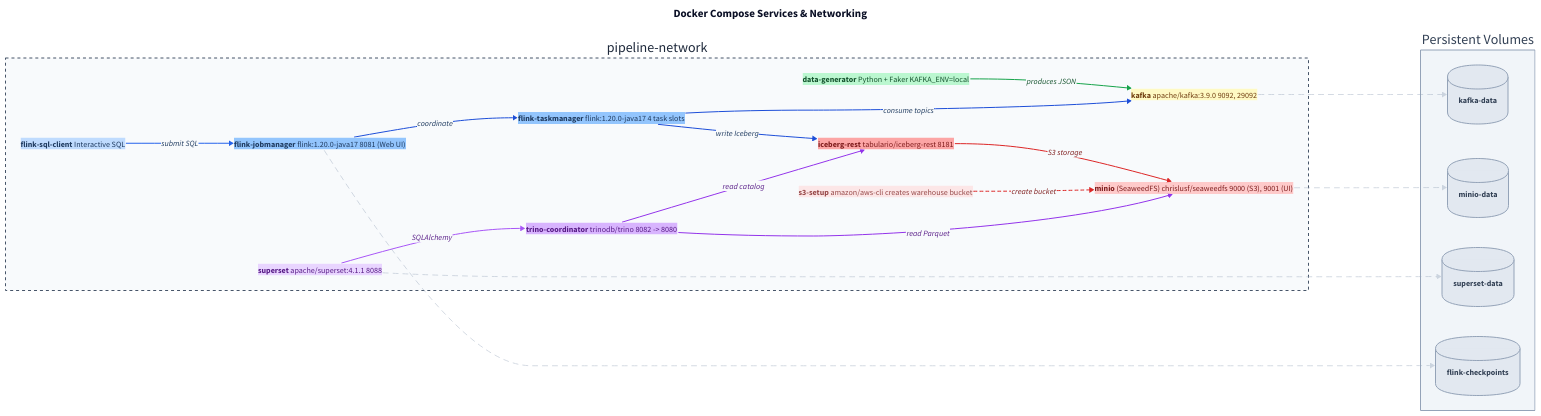
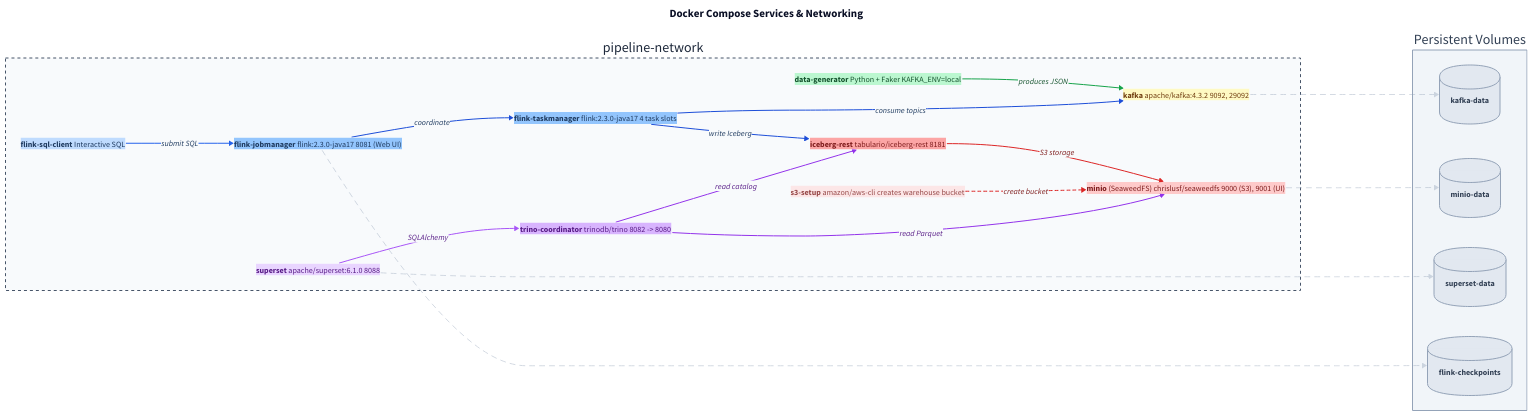
One commit to gAmUssA/flink-trino-superset-pipeline changed the diagram in docs/diagrams/docker-services.d2. Above: the diagram before and after it, drawn with D2. The commit also changed 18 other files, not shown here.

First line of the commit message:
Update stack: Flink 2.3, Iceberg 1.12, Kafka 4.3, Superset 6.1, Gradle 9.8 (#63)

```diff
--- a/docs/diagrams/docker-services.d2
+++ b/docs/diagrams/docker-services.d2
@@ -1,165 +1,165 @@
 direction: right
 
 title: {
   label: Docker Compose Services & Networking
   near: top-center
   shape: text
   style.font-size: 22
   style.bold: true
 }
 
 network: pipeline-network {
   style.fill: "#f8fafc"
   style.stroke: "#475569"
   style.stroke-dash: 3
   style.font-color: "#1e293b"
 
   kafka: kafka {
     shape: hexagon
     style.fill: "#fef9c3"
     style.stroke: "#ca8a04"
     style.font-color: "#713f12"
     label: |md
       **kafka**
-      apache/kafka:3.9.0
+      apache/kafka:4.3.2
       9092, 29092
     |
   }
 
   minio: minio {
     shape: stored_data
     style.fill: "#fecaca"
     style.stroke: "#dc2626"
     style.font-color: "#7f1d1d"
     label: |md
       **minio** (SeaweedFS)
       chrislusf/seaweedfs
       9000 (S3), 9001 (UI)
     |
   }
 
   s3_setup: s3-setup {
     shape: step
     style.fill: "#fee2e2"
     style.stroke: "#dc2626"
     style.font-color: "#7f1d1d"
     style.opacity: 0.8
     label: |md
       **s3-setup**
       amazon/aws-cli
       creates warehouse bucket
     |
   }
 
   iceberg: iceberg-rest {
     shape: cylinder
     style.fill: "#fca5a5"
     style.stroke: "#dc2626"
     style.font-color: "#7f1d1d"
     label: |md
       **iceberg-rest**
       tabulario/iceberg-rest
       8181
     |
   }
 
   jm: flink-jobmanager {
     shape: rectangle
     style.fill: "#93c5fd"
     style.stroke: "#1d4ed8"
     style.font-color: "#1e3a5f"
     label: |md
       **flink-jobmanager**
-      flink:1.20.0-java17
+      flink:2.3.0-java17
       8081 (Web UI)
     |
   }
 
   tm: flink-taskmanager {
     shape: rectangle
     style.fill: "#93c5fd"
     style.stroke: "#1d4ed8"
     style.font-color: "#1e3a5f"
     label: |md
       **flink-taskmanager**
-      flink:1.20.0-java17
+      flink:2.3.0-java17
       4 task slots
     |
   }
 
   sql: flink-sql-client {
     shape: page
     style.fill: "#bfdbfe"
     style.stroke: "#2563eb"
     style.font-color: "#1e3a5f"
     label: |md
       **flink-sql-client**
       Interactive SQL
     |
   }
 
   trino: trino-coordinator {
     shape: rectangle
     style.fill: "#d8b4fe"
     style.stroke: "#9333ea"
     style.font-color: "#581c87"
     label: |md
       **trino-coordinator**
       trinodb/trino
       8082 -> 8080
     |
   }
 
   superset: superset {
     shape: rectangle
     style.fill: "#e9d5ff"
     style.stroke: "#a855f7"
     style.font-color: "#581c87"
     label: |md
       **superset**
-      apache/superset:4.1.1
+      apache/superset:6.1.0
       8088
     |
   }
 
   datagen: data-generator {
     shape: hexagon
     style.fill: "#bbf7d0"
     style.stroke: "#16a34a"
     style.font-color: "#14532d"
     label: |md
       **data-generator**
       Python + Faker
       KAFKA_ENV=local
     |
   }
 
   # Dependencies
   datagen -> kafka: produces JSON {style.stroke: "#16a34a"; style.font-color: "#14532d"}
   jm -> tm: coordinate {style.stroke: "#1d4ed8"; style.font-color: "#1e3a5f"}
   sql -> jm: submit SQL {style.stroke: "#2563eb"; style.font-color: "#1e3a5f"}
   tm -> kafka: consume topics {style.stroke: "#1d4ed8"; style.font-color: "#1e3a5f"}
   tm -> iceberg: write Iceberg {style.stroke: "#1d4ed8"; style.font-color: "#1e3a5f"}
   iceberg -> minio: S3 storage {style.stroke: "#dc2626"; style.font-color: "#7f1d1d"}
   s3_setup -> minio: create bucket {style.stroke: "#dc2626"; style.stroke-dash: 3; style.font-color: "#7f1d1d"}
   trino -> iceberg: read catalog {style.stroke: "#9333ea"; style.font-color: "#581c87"}
   trino -> minio: read Parquet {style.stroke: "#9333ea"; style.font-color: "#581c87"}
   superset -> trino: SQLAlchemy {style.stroke: "#a855f7"; style.font-color: "#581c87"}
 }
 
 # Volumes
 volumes: Persistent Volumes {
   style.fill: "#f1f5f9"
   style.stroke: "#94a3b8"
   style.font-color: "#334155"
 
   v1: kafka-data {shape: cylinder; style.fill: "#e2e8f0"; style.stroke: "#94a3b8"; style.font-color: "#334155"}
   v2: minio-data {shape: cylinder; style.fill: "#e2e8f0"; style.stroke: "#94a3b8"; style.font-color: "#334155"}
   v3: superset-data {shape: cylinder; style.fill: "#e2e8f0"; style.stroke: "#94a3b8"; style.font-color: "#334155"}
   v4: flink-checkpoints {shape: cylinder; style.fill: "#e2e8f0"; style.stroke: "#94a3b8"; style.font-color: "#334155"}
 }
 
 network.kafka -> volumes.v1: {style.stroke-dash: 5; style.opacity: 0.4; style.stroke: "#94a3b8"}
 network.minio -> volumes.v2: {style.stroke-dash: 5; style.opacity: 0.4; style.stroke: "#94a3b8"}
 network.superset -> volumes.v3: {style.stroke-dash: 5; style.opacity: 0.4; style.stroke: "#94a3b8"}
 network.jm -> volumes.v4: {style.stroke-dash: 5; style.opacity: 0.4; style.stroke: "#94a3b8"}
```
